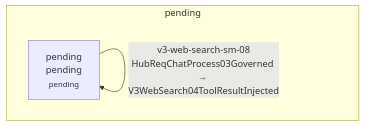
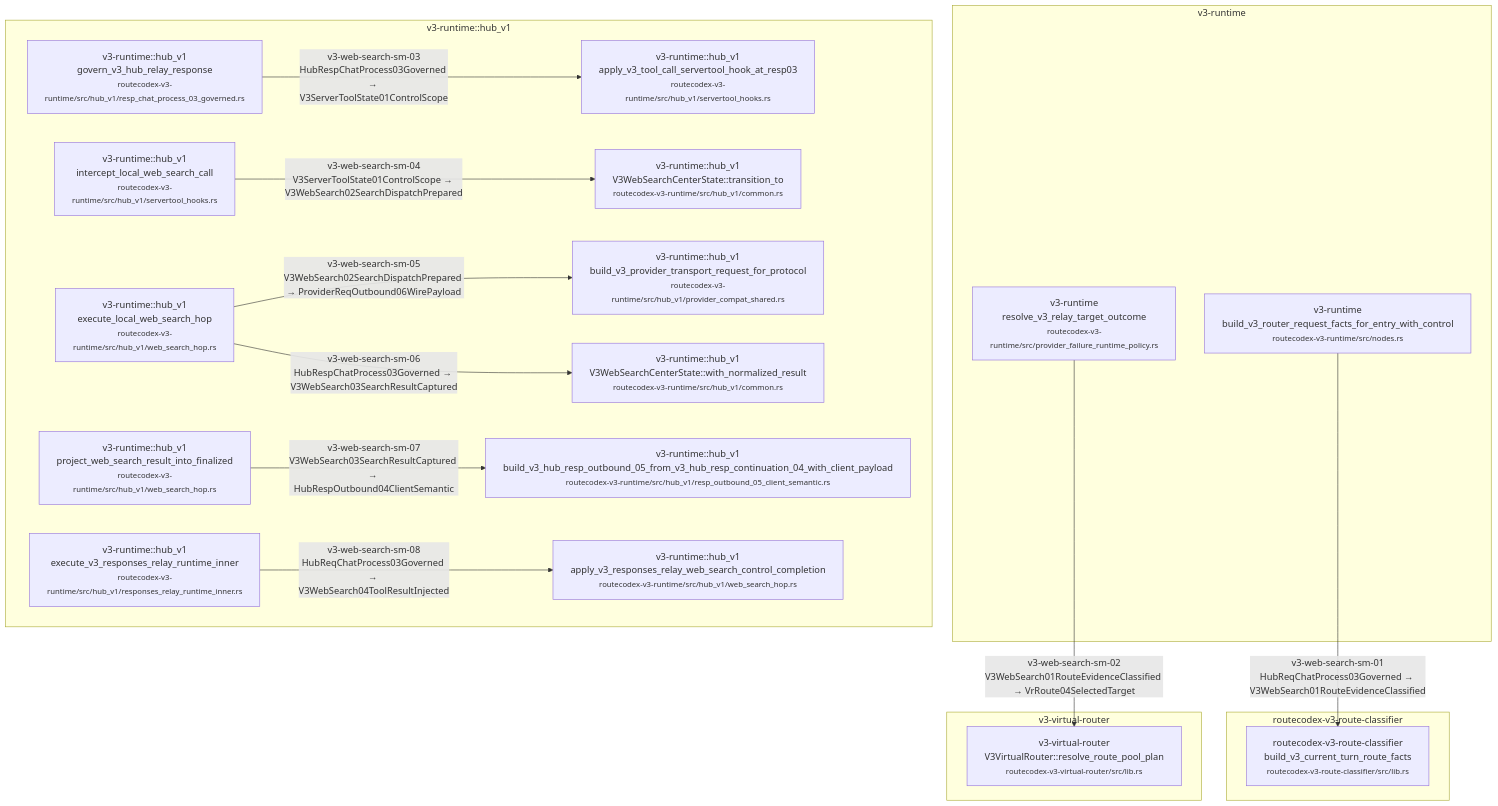
Before and after one commit to Jasonzhangf/routecodex: diagram 48 of 59 in docs/architecture/wiki/v3-mainline-caller-flow.md, drawn with Mermaid. The commit also changed other lines of this file and 59 other files, not shown here.

````diff
--- a/docs/architecture/wiki/v3-mainline-caller-flow.md
+++ b/docs/architecture/wiki/v3-mainline-caller-flow.md
@@ -1914,14 +1902,34 @@
 ```mermaid
 flowchart TD
-  subgraph c_46_v3_web_search_servertool_state_machine_m_pending["pending"]
-    c_46_v3_web_search_servertool_state_machine_0["pending<br/>pending<br/><small>pending</small>"]
+  subgraph c_46_v3_web_search_servertool_state_machine_m_routecodex_v3_route_classifier["routecodex-v3-route-classifier"]
+    c_46_v3_web_search_servertool_state_machine_1["routecodex-v3-route-classifier<br/>build_v3_current_turn_route_facts<br/><small>routecodex-v3-route-classifier/src/lib.rs</small>"]
   end
-  c_46_v3_web_search_servertool_state_machine_0 -->|v3-web-search-sm-01<br/>HubReqChatProcess03Governed → V3WebSearch01RouteEvidenceClassified| c_46_v3_web_search_servertool_state_machine_0
-  c_46_v3_web_search_servertool_state_machine_0 -->|v3-web-search-sm-02<br/>V3WebSearch01RouteEvidenceClassified → VrRoute04SelectedTarget| c_46_v3_web_search_servertool_state_machine_0
-  c_46_v3_web_search_servertool_state_machine_0 -->|v3-web-search-sm-03<br/>HubRespChatProcess03Governed → V3ServerToolState01ControlScope| c_46_v3_web_search_servertool_state_machine_0
-  c_46_v3_web_search_servertool_state_machine_0 -->|v3-web-search-sm-04<br/>V3ServerToolState01ControlScope → V3WebSearch02SearchDispatchPrepared| c_46_v3_web_search_servertool_state_machine_0
-  c_46_v3_web_search_servertool_state_machine_0 -->|v3-web-search-sm-05<br/>V3WebSearch02SearchDispatchPrepared → ProviderReqOutbound06WirePayload| c_46_v3_web_search_servertool_state_machine_0
-  c_46_v3_web_search_servertool_state_machine_0 -->|v3-web-search-sm-06<br/>HubRespChatProcess03Governed → V3WebSearch03SearchResultCaptured| c_46_v3_web_search_servertool_state_machine_0
-  c_46_v3_web_search_servertool_state_machine_0 -->|v3-web-search-sm-07<br/>V3WebSearch03SearchResultCaptured → HubRespOutbound04ClientSemantic| c_46_v3_web_search_servertool_state_machine_0
-  c_46_v3_web_search_servertool_state_machine_0 -->|v3-web-search-sm-08<br/>HubReqChatProcess03Governed → V3WebSearch04ToolResultInjected| c_46_v3_web_search_servertool_state_machine_0
+  subgraph c_46_v3_web_search_servertool_state_machine_m_v3_runtime["v3-runtime"]
+    c_46_v3_web_search_servertool_state_machine_0["v3-runtime<br/>build_v3_router_request_facts_for_entry_with_control<br/><small>routecodex-v3-runtime/src/nodes.rs</small>"]
+    c_46_v3_web_search_servertool_state_machine_2["v3-runtime<br/>resolve_v3_relay_target_outcome<br/><small>routecodex-v3-runtime/src/provider_failure_runtime_policy.rs</small>"]
+  end
+  subgraph c_46_v3_web_search_servertool_state_machine_m_v3_runtime__hub_v1["v3-runtime::hub_v1"]
+    c_46_v3_web_search_servertool_state_machine_4["v3-runtime::hub_v1<br/>govern_v3_hub_relay_response<br/><small>routecodex-v3-runtime/src/hub_v1/resp_chat_process_03_governed.rs</small>"]
+    c_46_v3_web_search_servertool_state_machine_5["v3-runtime::hub_v1<br/>apply_v3_tool_call_servertool_hook_at_resp03<br/><small>routecodex-v3-runtime/src/hub_v1/servertool_hooks.rs</small>"]
+    c_46_v3_web_search_servertool_state_machine_6["v3-runtime::hub_v1<br/>intercept_local_web_search_call<br/><small>routecodex-v3-runtime/src/hub_v1/servertool_hooks.rs</small>"]
+    c_46_v3_web_search_servertool_state_machine_7["v3-runtime::hub_v1<br/>V3WebSearchCenterState::transition_to<br/><small>routecodex-v3-runtime/src/hub_v1/common.rs</small>"]
+    c_46_v3_web_search_servertool_state_machine_8["v3-runtime::hub_v1<br/>execute_local_web_search_hop<br/><small>routecodex-v3-runtime/src/hub_v1/web_search_hop.rs</small>"]
+    c_46_v3_web_search_servertool_state_machine_9["v3-runtime::hub_v1<br/>build_v3_provider_transport_request_for_protocol<br/><small>routecodex-v3-runtime/src/hub_v1/provider_compat_shared.rs</small>"]
+    c_46_v3_web_search_servertool_state_machine_10["v3-runtime::hub_v1<br/>V3WebSearchCenterState::with_normalized_result<br/><small>routecodex-v3-runtime/src/hub_v1/common.rs</small>"]
+    c_46_v3_web_search_servertool_state_machine_11["v3-runtime::hub_v1<br/>project_web_search_result_into_finalized<br/><small>routecodex-v3-runtime/src/hub_v1/web_search_hop.rs</small>"]
+    c_46_v3_web_search_servertool_state_machine_12["v3-runtime::hub_v1<br/>build_v3_hub_resp_outbound_05_from_v3_hub_resp_continuation_04_with_client_payload<br/><small>routecodex-v3-runtime/src/hub_v1/resp_outbound_05_client_semantic.rs</small>"]
+    c_46_v3_web_search_servertool_state_machine_13["v3-runtime::hub_v1<br/>execute_v3_responses_relay_runtime_inner<br/><small>routecodex-v3-runtime/src/hub_v1/responses_relay_runtime_inner.rs</small>"]
+    c_46_v3_web_search_servertool_state_machine_14["v3-runtime::hub_v1<br/>apply_v3_responses_relay_web_search_control_completion<br/><small>routecodex-v3-runtime/src/hub_v1/web_search_hop.rs</small>"]
+  end
+  subgraph c_46_v3_web_search_servertool_state_machine_m_v3_virtual_router["v3-virtual-router"]
+    c_46_v3_web_search_servertool_state_machine_3["v3-virtual-router<br/>V3VirtualRouter::resolve_route_pool_plan<br/><small>routecodex-v3-virtual-router/src/lib.rs</small>"]
+  end
+  c_46_v3_web_search_servertool_state_machine_0 -->|v3-web-search-sm-01<br/>HubReqChatProcess03Governed → V3WebSearch01RouteEvidenceClassified| c_46_v3_web_search_servertool_state_machine_1
+  c_46_v3_web_search_servertool_state_machine_2 -->|v3-web-search-sm-02<br/>V3WebSearch01RouteEvidenceClassified → VrRoute04SelectedTarget| c_46_v3_web_search_servertool_state_machine_3
+  c_46_v3_web_search_servertool_state_machine_4 -->|v3-web-search-sm-03<br/>HubRespChatProcess03Governed → V3ServerToolState01ControlScope| c_46_v3_web_search_servertool_state_machine_5
+  c_46_v3_web_search_servertool_state_machine_6 -->|v3-web-search-sm-04<br/>V3ServerToolState01ControlScope → V3WebSearch02SearchDispatchPrepared| c_46_v3_web_search_servertool_state_machine_7
+  c_46_v3_web_search_servertool_state_machine_8 -->|v3-web-search-sm-05<br/>V3WebSearch02SearchDispatchPrepared → ProviderReqOutbound06WirePayload| c_46_v3_web_search_servertool_state_machine_9
+  c_46_v3_web_search_servertool_state_machine_8 -->|v3-web-search-sm-06<br/>HubRespChatProcess03Governed → V3WebSearch03SearchResultCaptured| c_46_v3_web_search_servertool_state_machine_10
+  c_46_v3_web_search_servertool_state_machine_11 -->|v3-web-search-sm-07<br/>V3WebSearch03SearchResultCaptured → HubRespOutbound04ClientSemantic| c_46_v3_web_search_servertool_state_machine_12
+  c_46_v3_web_search_servertool_state_machine_13 -->|v3-web-search-sm-08<br/>HubReqChatProcess03Governed → V3WebSearch04ToolResultInjected| c_46_v3_web_search_servertool_state_machine_14
 ```
````
